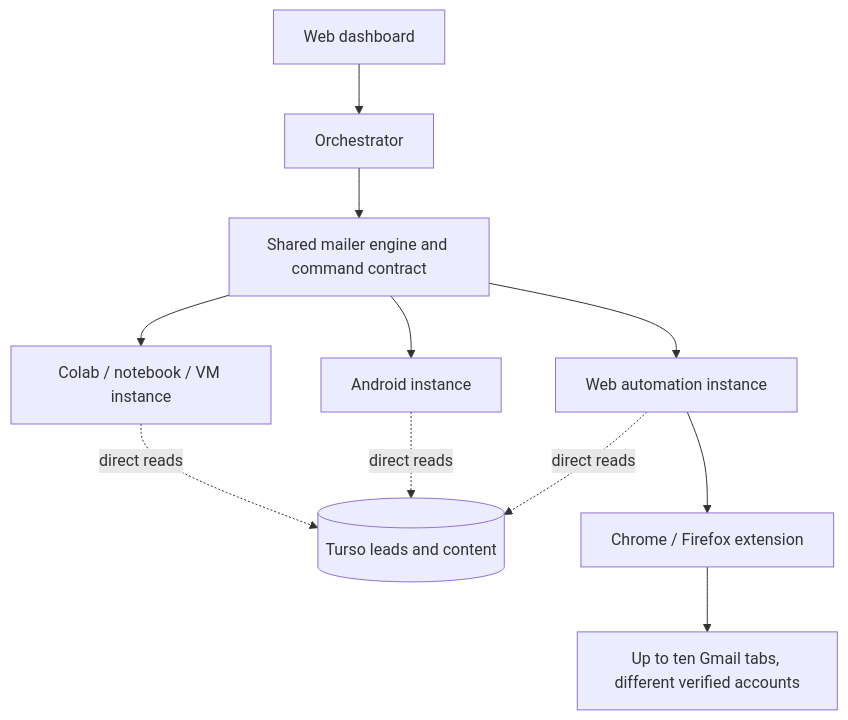
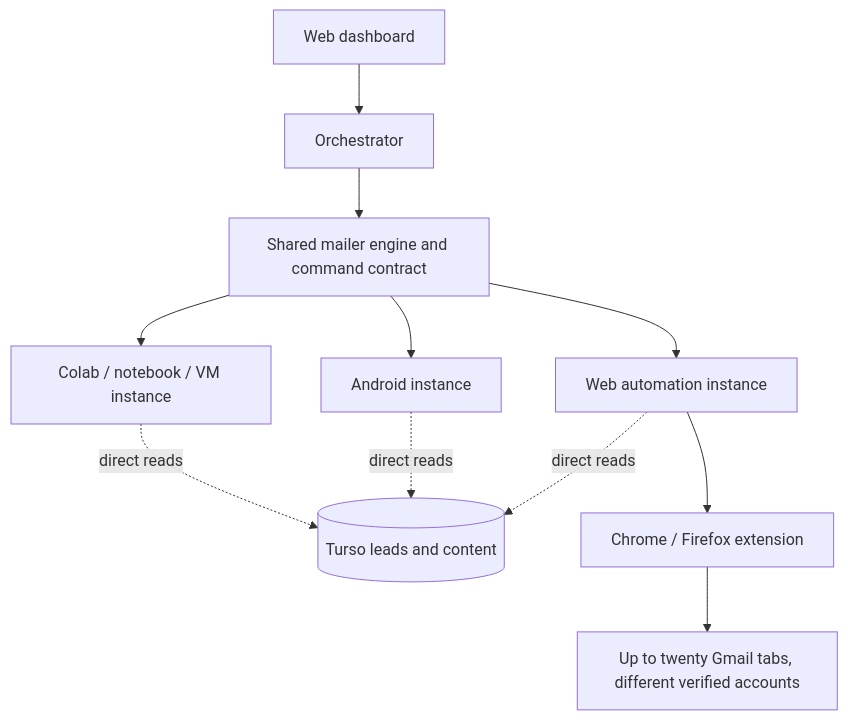
The first of 3 diagrams in Architecture.md (vikramnairoffice/alphamailer-site), drawn with Mermaid before and after one commit. The commit also changed other lines of this file and 5 other files, not shown here.

````diff
--- a/Architecture.md
+++ b/Architecture.md
@@ -17,13 +19,13 @@
 ```mermaid
 flowchart TB
     Dashboard[Web dashboard] --> Coordinator[Orchestrator]
     Coordinator --> Engine[Shared mailer engine and command contract]
     Engine --> Colab[Colab / notebook / VM instance]
     Engine --> Android[Android instance]
     Engine --> Automation[Web automation instance]
     Colab -. direct reads .-> Turso[(Turso leads and content)]
     Android -. direct reads .-> Turso
     Automation -. direct reads .-> Turso
     Automation --> Extension[Chrome / Firefox extension]
-    Extension --> Tabs[Up to ten Gmail tabs, different verified accounts]
+    Extension --> Tabs[Up to twenty Gmail tabs, different verified accounts]
 ```
````
